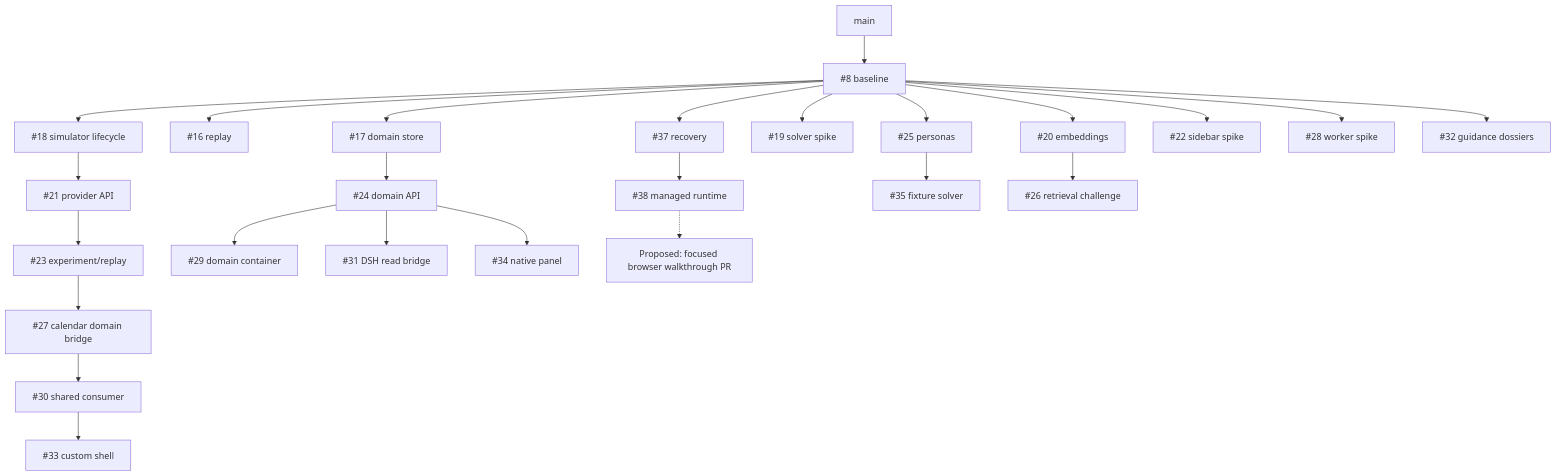
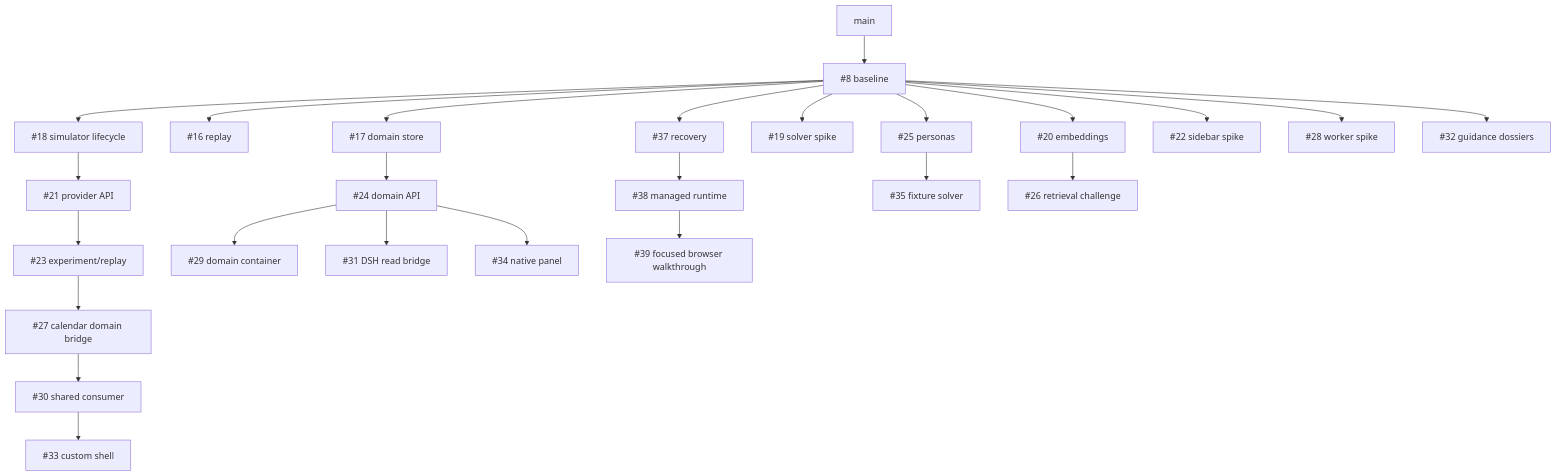
Before and after one commit to Residencia-em-IA-Challenge-2-Grupo-12/DSH-Prototype: the diagram in docs/pr-consolidation-proposal.md, drawn with Mermaid. The commit also changed other lines of this file and 2 other files, not shown here.

````diff
--- a/docs/pr-consolidation-proposal.md
+++ b/docs/pr-consolidation-proposal.md
@@ -9,18 +9,18 @@
 ```mermaid
 flowchart TD
   M[main] --> P8["#8 baseline"]
   P8 --> P37["#37 recovery"] --> P38["#38 managed runtime"]
   P8 --> P16["#16 replay"]
   P8 --> P18["#18 simulator lifecycle"] --> P21["#21 provider API"] --> P23["#23 experiment/replay"] --> P27["#27 calendar domain bridge"] --> P30["#30 shared consumer"] --> P33["#33 custom shell"]
   P8 --> P17["#17 domain store"] --> P24["#24 domain API"]
   P24 --> P29["#29 domain container"]
   P24 --> P31["#31 DSH read bridge"]
   P24 --> P34["#34 native panel"]
   P8 --> P19["#19 solver spike"]
   P8 --> P25["#25 personas"] --> P35["#35 fixture solver"]
   P8 --> P20["#20 embeddings"] --> P26["#26 retrieval challenge"]
   P8 --> P22["#22 sidebar spike"]
   P8 --> P28["#28 worker spike"]
   P8 --> P32["#32 guidance dossiers"]
-  P38 -.-> NEXT["Proposed: focused browser walkthrough PR"]
+  P38 --> P39["#39 focused browser walkthrough"]
 ```
````
